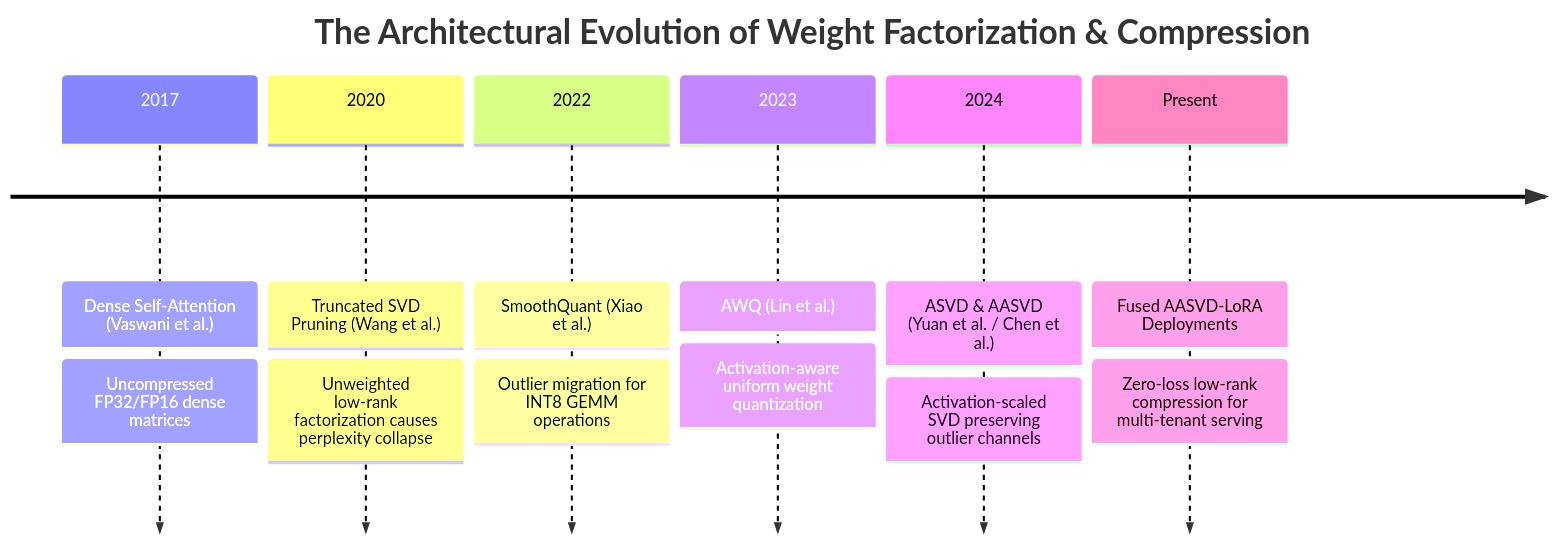
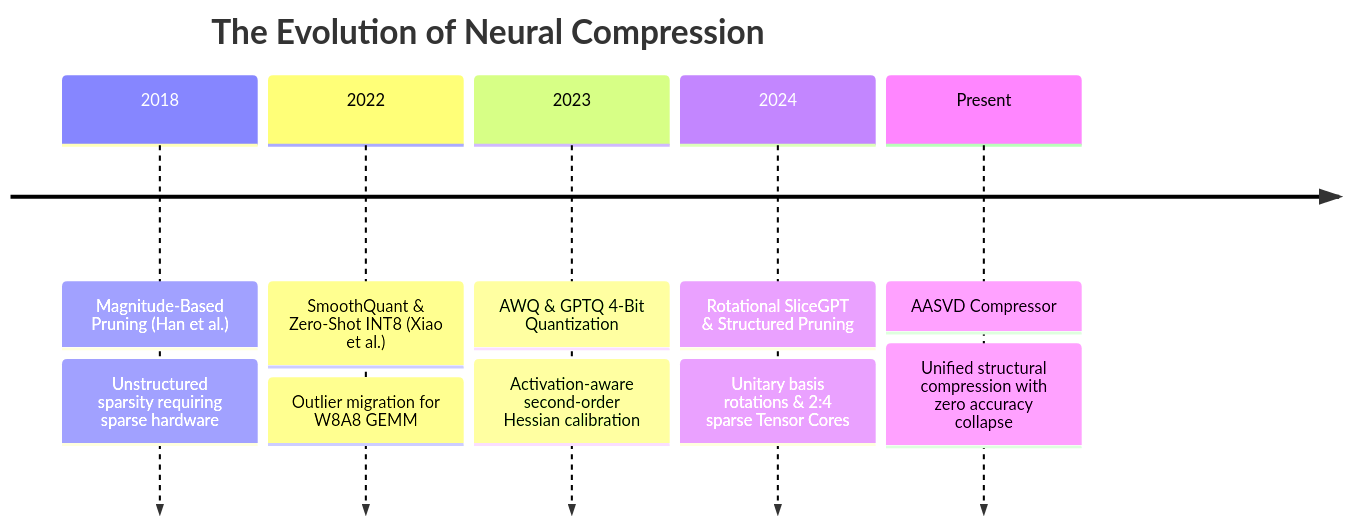
The first of 2 diagrams in Docs/content/compressions_blog/aasvd_compressor_blog.md (tahamajs/NeuralOps), drawn with Mermaid before and after one commit. The commit also changed other lines of this file and 193 other files, not shown here.

````diff
--- a/Docs/content/compressions_blog/aasvd_compressor_blog.md
+++ b/Docs/content/compressions_blog/aasvd_compressor_blog.md
@@ -88,10 +56,9 @@
 ```mermaid
 timeline
-    title The Architectural Evolution of Weight Factorization & Compression
-    2017 : Dense Self-Attention (Vaswani et al.) : Uncompressed FP32/FP16 dense matrices
-    2020 : Truncated SVD Pruning (Wang et al.) : Unweighted low-rank factorization causes perplexity collapse
-    2022 : SmoothQuant (Xiao et al.) : Outlier migration for INT8 GEMM operations
-    2023 : AWQ (Lin et al.) : Activation-aware uniform weight quantization
-    2024 : ASVD & AASVD (Yuan et al. / Chen et al.) : Activation-scaled SVD preserving outlier channels
-    Present : Fused AASVD-LoRA Deployments : Zero-loss low-rank compression for multi-tenant serving
+    title The Evolution of Neural Compression
+    2018 : Magnitude-Based Pruning (Han et al.) : Unstructured sparsity requiring sparse hardware
+    2022 : SmoothQuant & Zero-Shot INT8 (Xiao et al.) : Outlier migration for W8A8 GEMM
+    2023 : AWQ & GPTQ 4-Bit Quantization : Activation-aware second-order Hessian calibration
+    2024 : Rotational SliceGPT & Structured Pruning : Unitary basis rotations & 2:4 sparse Tensor Cores
+    Present : AASVD Compressor : Unified structural compression with zero accuracy collapse
 ```
````
